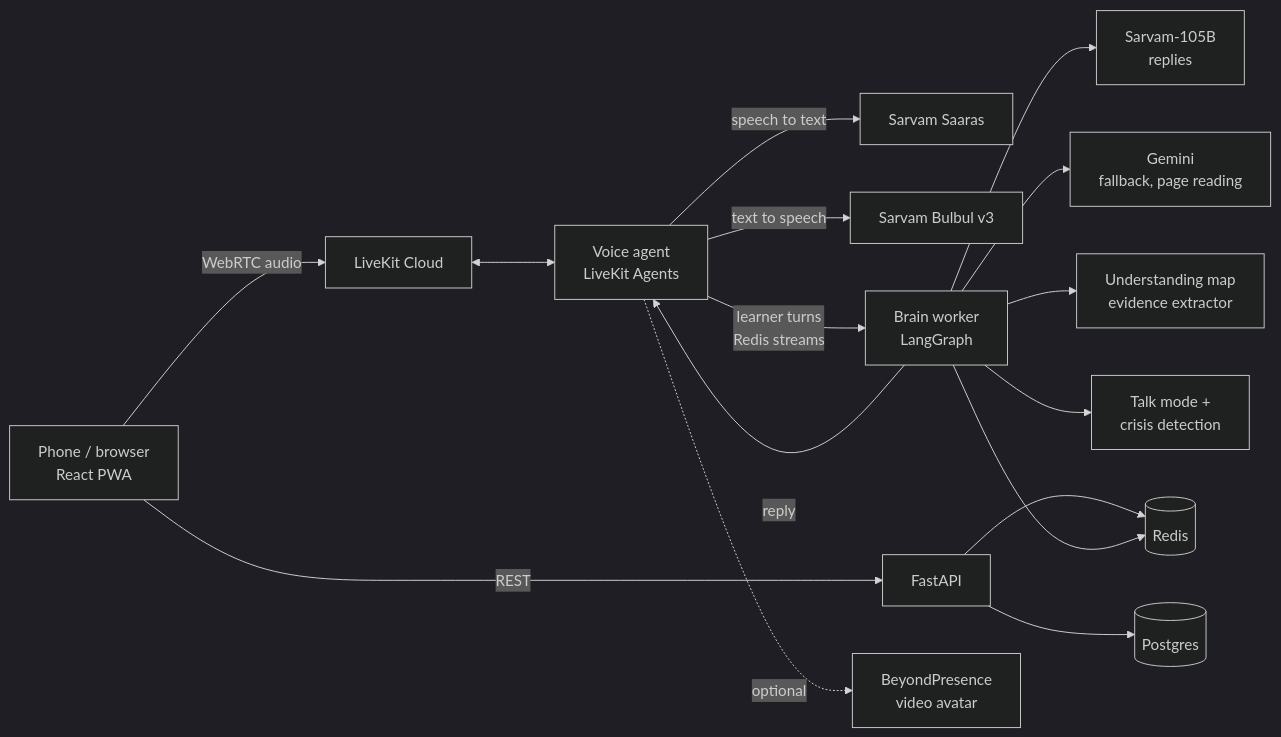
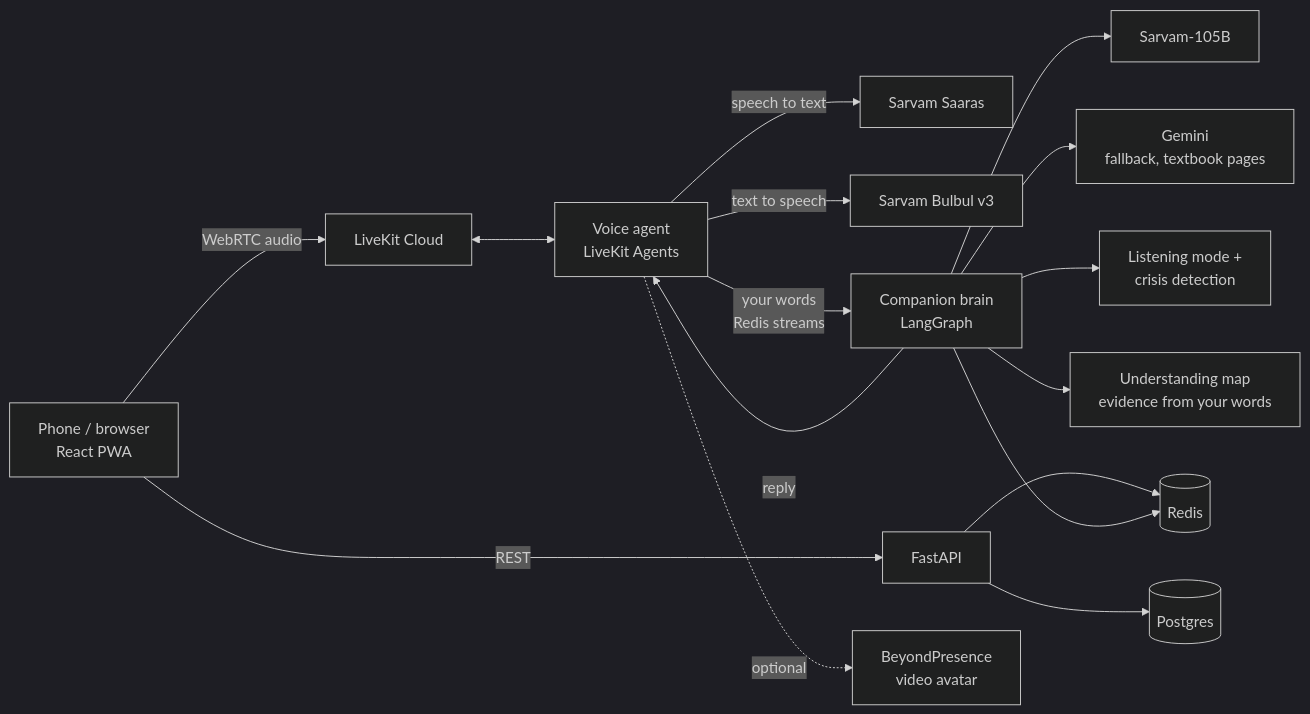
Before and after one commit to ashish-066/WithYou: the diagram in README.md, drawn with Mermaid (dark theme). The commit also changed other lines of this file, not shown here.

Commit message:
docs: README rewritten around WithYou as a companion (listening, noticing, safety, studying, memory)

````diff
--- a/README.md
+++ b/README.md
@@ -75,18 +75,18 @@
 ```mermaid
 flowchart LR
     P[Phone / browser<br/>React PWA] -- WebRTC audio --> LK[LiveKit Cloud]
     LK <--> A[Voice agent<br/>LiveKit Agents]
     A -- speech to text --> S1[Sarvam Saaras]
     A -- text to speech --> S2[Sarvam Bulbul v3]
-    A -- learner turns<br/>Redis streams --> W[Brain worker<br/>LangGraph]
+    A -- your words<br/>Redis streams --> W[Companion brain<br/>LangGraph]
     W -- reply --> A
-    W --> L1[Sarvam-105B<br/>replies]
-    W --> L2[Gemini<br/>fallback, page reading]
-    W --> U[Understanding map<br/>evidence extractor]
-    W --> T[Talk mode +<br/>crisis detection]
+    W --> L1[Sarvam-105B]
+    W --> L2[Gemini<br/>fallback, textbook pages]
+    W --> T[Listening mode +<br/>crisis detection]
+    W --> U[Understanding map<br/>evidence from your words]
     P -- REST --> API[FastAPI]
     API --> DB[(Postgres)]
     API --> R[(Redis)]
     W --> R
     A -. optional .-> BP[BeyondPresence<br/>video avatar]
 ```
````
